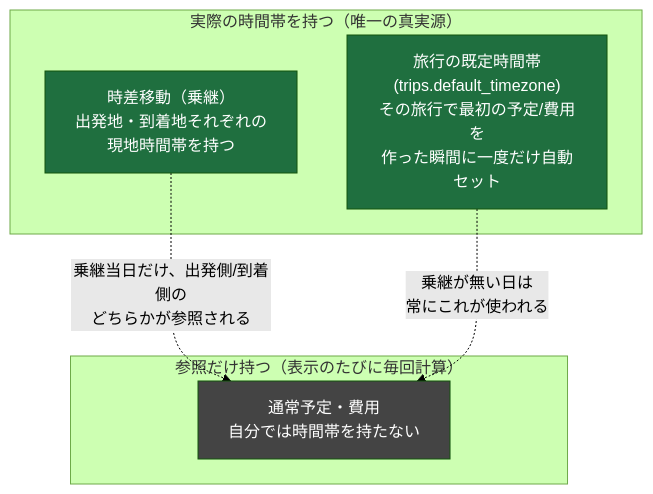
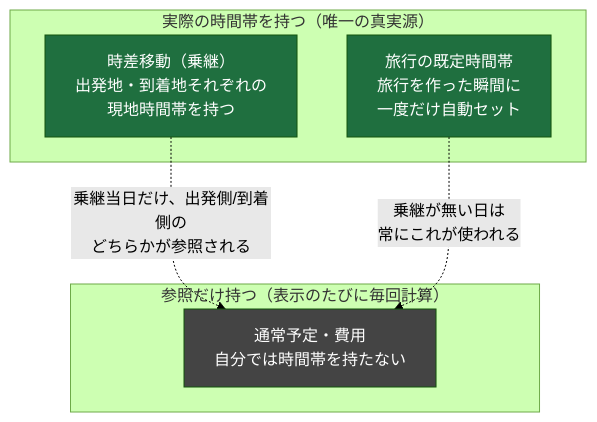
One commit to shidetake/triplot changed the first of 5 diagrams in docs/design/timezone.md. Above: the diagram before and after it, drawn with Mermaid (forest theme). The commit also changed other lines of this file, not shown here.

First line of the commit message:
timezone.md: 図に残っていた内部識別子と更新漏れを修正

````diff
--- a/docs/design/timezone.md
+++ b/docs/design/timezone.md
@@ -13,18 +13,18 @@
 ```mermaid
 flowchart TB
     subgraph G1["実際の時間帯を持つ（唯一の真実源）"]
         T["時差移動（乗継）<br/>出発地・到着地それぞれの<br/>現地時間帯を持つ"]
-        D["旅行の既定時間帯<br/>(trips.default_timezone)<br/>その旅行で最初の予定/費用を<br/>作った瞬間に一度だけ自動セット"]
+        D["旅行の既定時間帯<br/>旅行を作った瞬間に<br/>一度だけ自動セット"]
     end
 
     subgraph G2["参照だけ持つ（表示のたびに毎回計算）"]
         N["通常予定・費用<br/>自分では時間帯を持たない"]
     end
 
     T -.->|"乗継当日だけ、出発側/到着側の<br/>どちらかが参照される"| N
     D -.->|"乗継が無い日は<br/>常にこれが使われる"| N
 
     style T fill:#1f6f3f,color:#fff
     style D fill:#1f6f3f,color:#fff
     style N fill:#444,color:#fff
 ```
````
